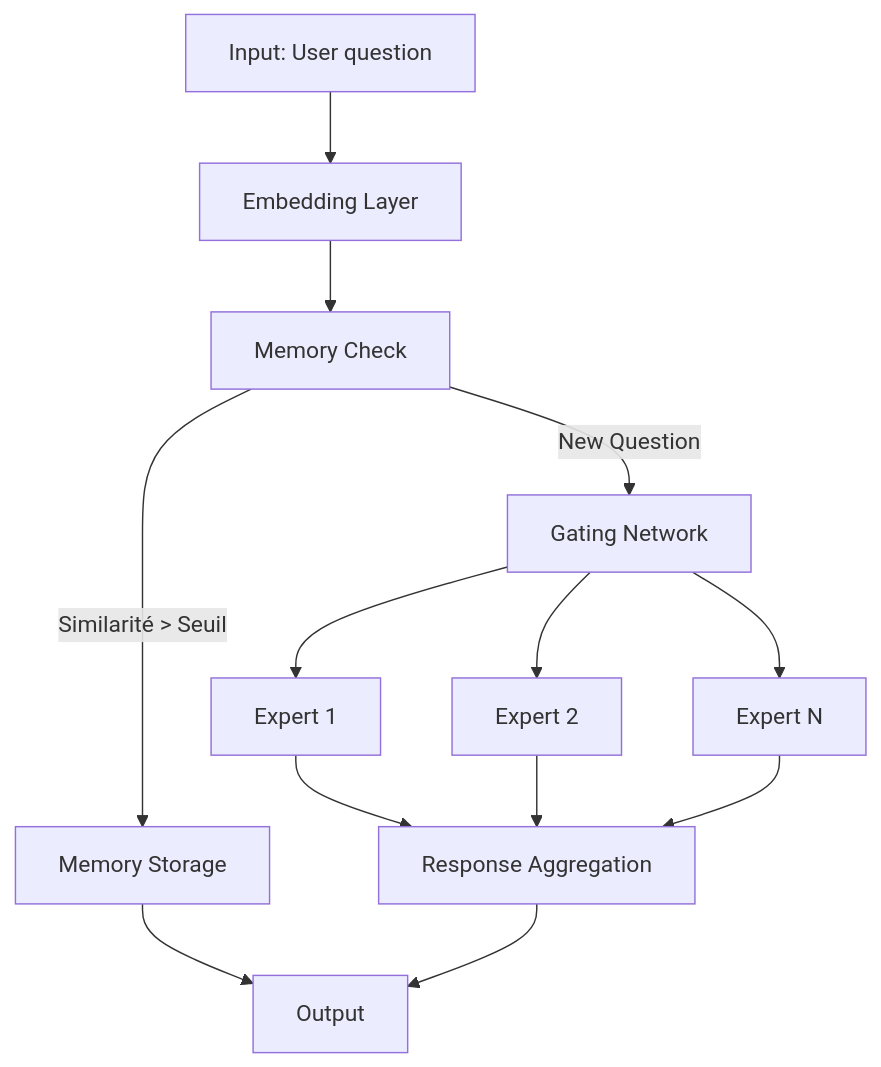
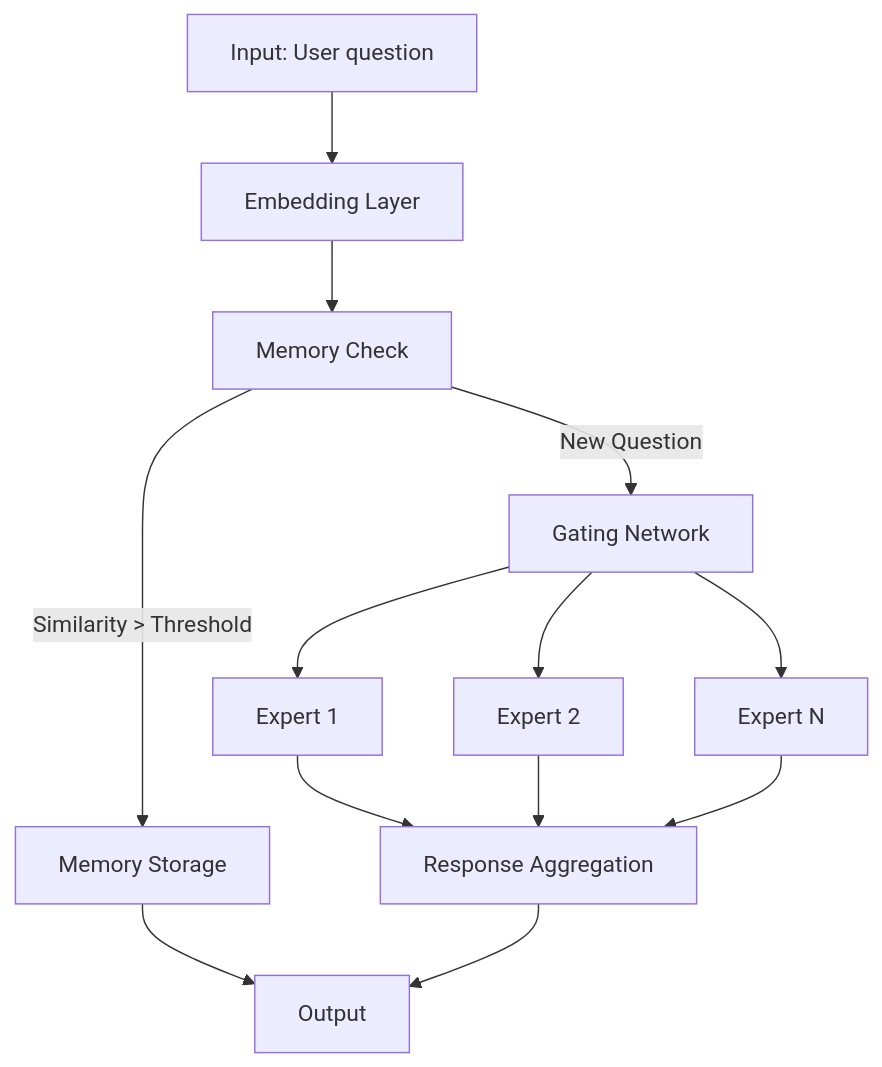
The diagram in README.md (Drichdev/moe-model), drawn with Mermaid before and after one commit.

````diff
--- a/README.md
+++ b/README.md
@@ -41,15 +41,15 @@
 ```mermaid
 flowchart TD
     A[Input: User question] --> B[Embedding Layer]
     B --> C[Memory Check]
-    C -->|Similarité > Seuil| D[Memory Storage]
+    C -->|Similarity > Threshold| D[Memory Storage]
     C -->|New Question| E[Gating Network]
     E --> F[Expert 1]
     E --> G[Expert 2]
     E --> H[Expert N]
     F --> I[Response Aggregation]
     G --> I
     H --> I
     D --> J[Output]
     I --> J
 ```
````
